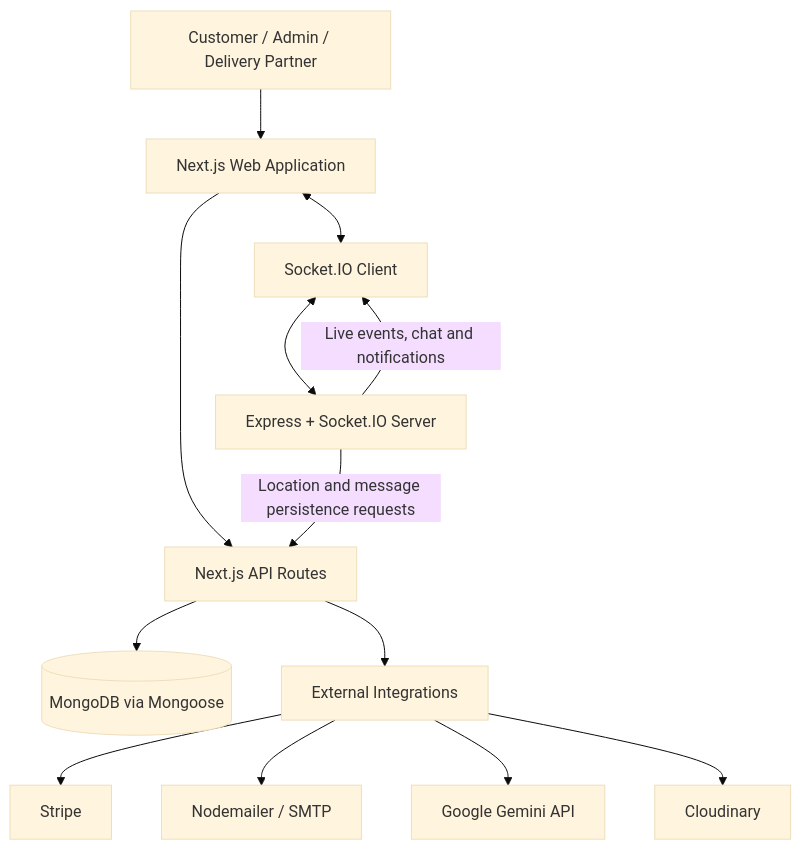
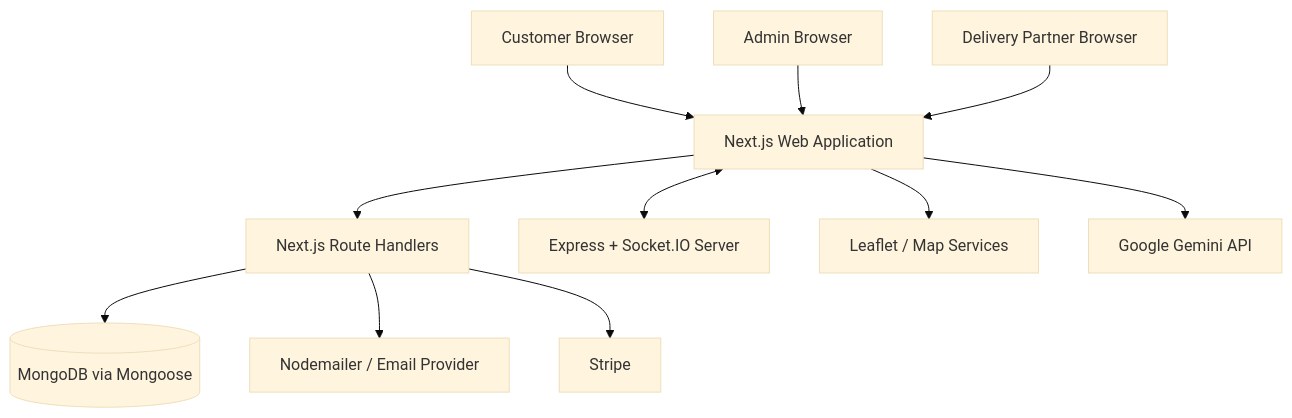
Before and after one commit to samarthpandey158/groceryFolder: the diagram in README.md, drawn with Mermaid (base theme). The commit also changed other lines of this file, not shown here.

````diff
--- a/README.md
+++ b/README.md
@@ -109,15 +120,13 @@
 ```mermaid
 flowchart TD
-    U[Customer / Admin / Delivery Partner] --> W[Next.js Web Application]
-    W --> API[Next.js API Routes]
+    C[Customer Browser] --> W[Next.js Web Application]
+    A[Admin Browser] --> W
+    D[Delivery Partner Browser] --> W
+    W --> API[Next.js Route Handlers]
     API --> DB[(MongoDB via Mongoose)]
-    W <--> SC[Socket.IO Client]
-    SC <--> SS[Express + Socket.IO Server]
-    SS -->|Location and message persistence requests| API
-    SS -->|Live events, chat and notifications| SC
-    API --> EXT[External Integrations]
-    EXT --> STR[Stripe]
-    EXT --> SMTP[Nodemailer / SMTP]
-    EXT --> GEM[Google Gemini API]
-    EXT --> CLOUD[Cloudinary]
+    W <--> S[Express + Socket.IO Server]
+    W --> MAP[Leaflet / Map Services]
+    API --> MAIL[Nodemailer / Email Provider]
+    API --> PAY[Stripe]
+    W --> AI[Google Gemini API]
 ```
````
